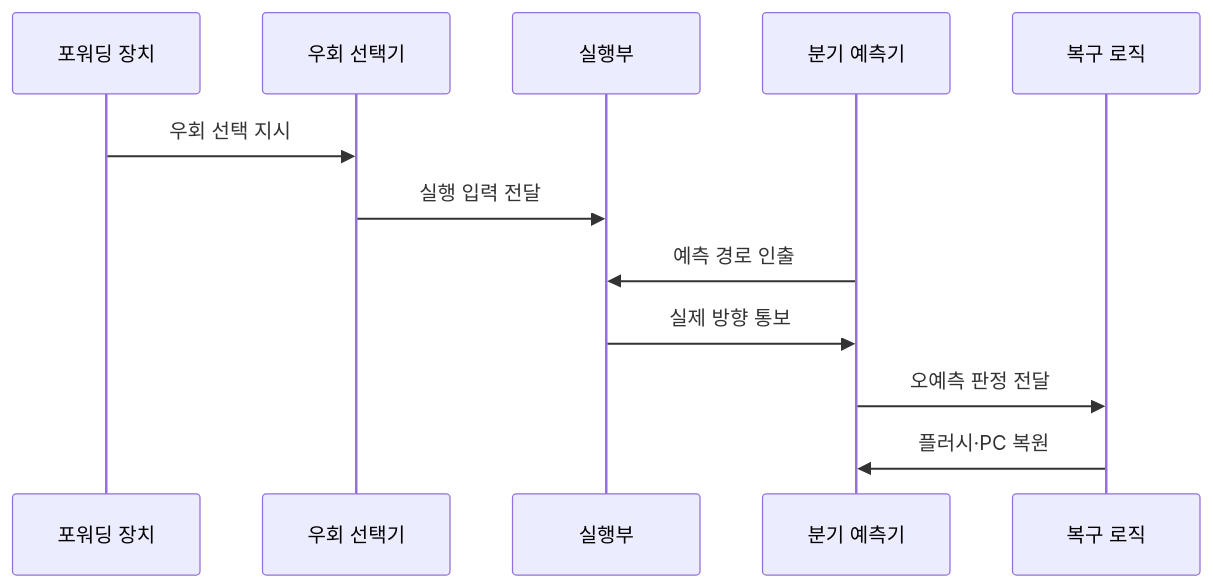
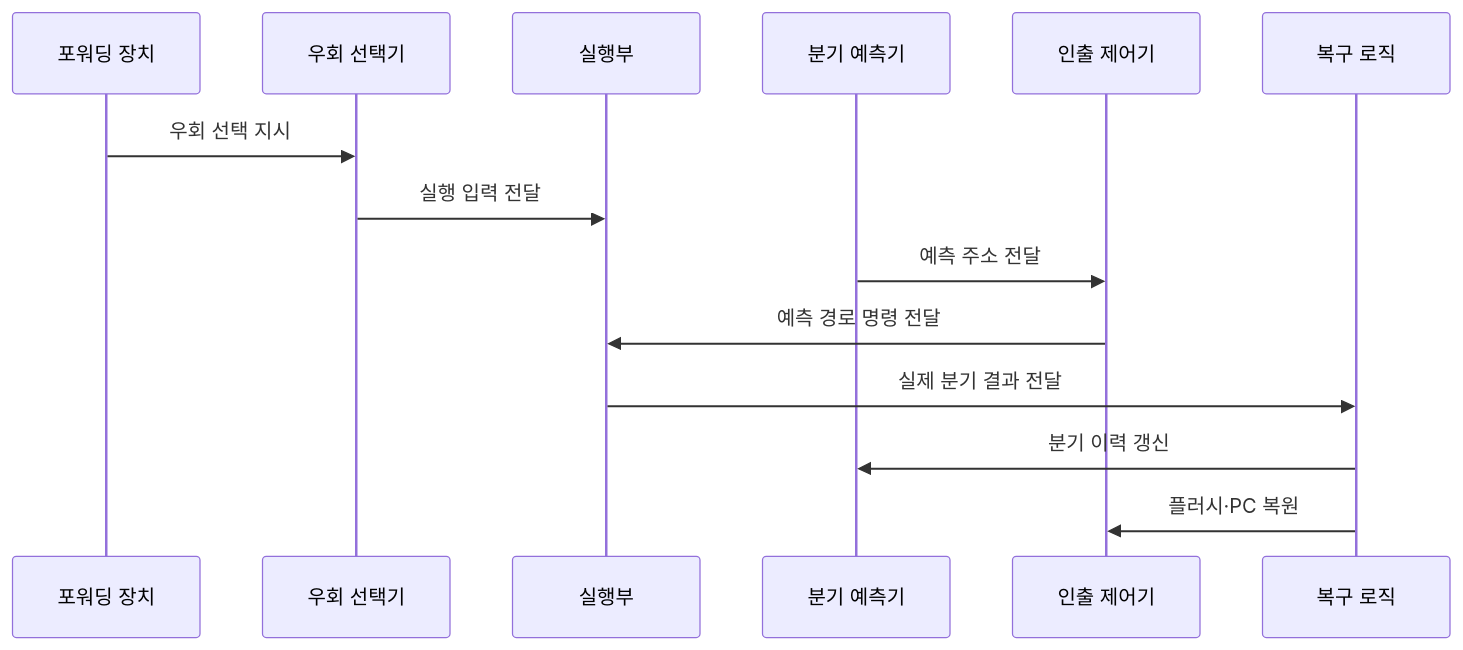
One commit to agnusdei1207/knowledge-base changed the second of 2 diagrams in src/content/docs/notes/02-hardware/008_pipeline_forwarding_branch_prediction.md. Above: the diagram before and after it, drawn with Mermaid. The commit also changed other lines of this file and 7 other files, not shown here.

````diff
--- a/src/content/docs/notes/02-hardware/008_pipeline_forwarding_branch_prediction.md
+++ b/src/content/docs/notes/02-hardware/008_pipeline_forwarding_branch_prediction.md
@@ -85,14 +87,16 @@
 ```mermaid
 sequenceDiagram
     participant H as 포워딩 장치
     participant M as 우회 선택기
     participant E as 실행부
     participant B as 분기 예측기
+    participant I as 인출 제어기
     participant R as 복구 로직
     H->>M: 우회 선택 지시
     M->>E: 실행 입력 전달
-    B->>E: 예측 경로 인출
-    E->>B: 실제 방향 통보
-    B->>R: 오예측 판정 전달
-    R->>B: 플러시·PC 복원
+    B->>I: 예측 주소 전달
+    I->>E: 예측 경로 명령 전달
+    E->>R: 실제 분기 결과 전달
+    R->>B: 분기 이력 갱신
+    R->>I: 플러시·PC 복원
 ```
````
